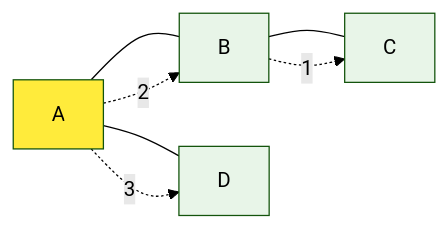
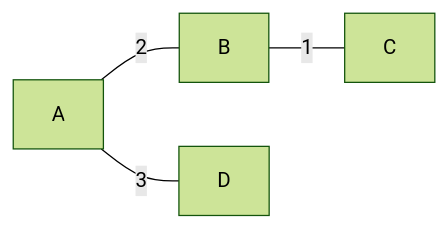
One commit to Dtheme/CS-base changed the second of 4 diagrams in 计算机网络/5.2网络层：路由选择算法.md. Above: the diagram before and after it, drawn with Mermaid (forest theme). The commit also changed other lines of this file and 51 other files, not shown here.

````diff
--- a/计算机网络/5.2网络层：路由选择算法.md
+++ b/计算机网络/5.2网络层：路由选择算法.md
@@ -217,15 +161,6 @@
 ```mermaid
 graph LR
-    A --- B
-    A --- D
-    B --- C
-    
-    A -.->|2| B
-    A -.->|3| D
-    B -.->|1| C
-    
-    style A fill:#ffeb3b,color:#000
-    style B fill:#e8f5e8,color:#000
-    style C fill:#e8f5e8,color:#000
-    style D fill:#e8f5e8,color:#000
+    A ---|2| B
+    A ---|3| D
+    B ---|1| C
 ```
````
